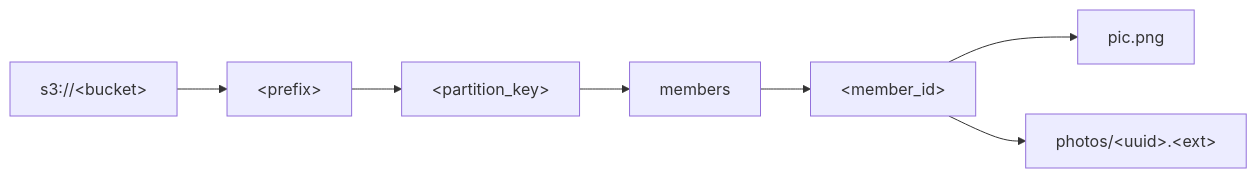
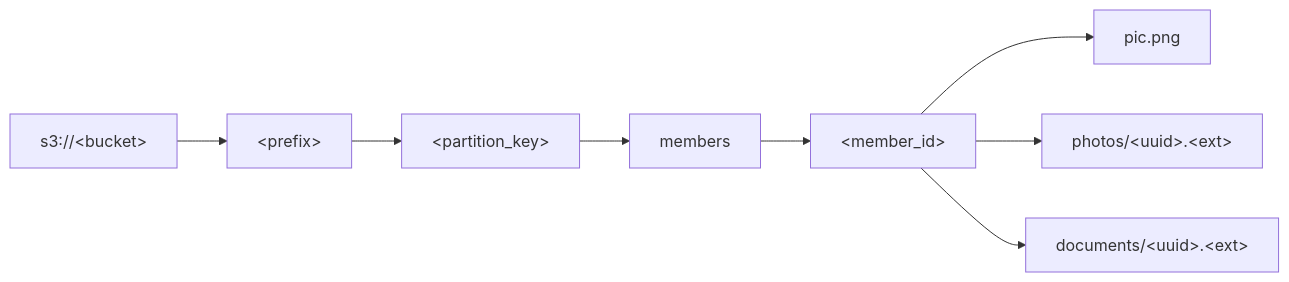
One commit to hhillredondo/flask-tree-endpoints changed the fifth of 5 diagrams in docs/architecture.md. Above: the diagram before and after it, drawn with Mermaid. The commit also changed 10 other files, not shown here.

````diff
--- a/docs/architecture.md
+++ b/docs/architecture.md
@@ -143,9 +143,10 @@
 ```mermaid
 flowchart LR
     Bucket["s3://&lt;bucket&gt;"] --> Prefix["&lt;prefix&gt;"]
     Prefix --> Partition["&lt;partition_key&gt;"]
     Partition --> Members["members"]
     Members --> MemberId["&lt;member_id&gt;"]
     MemberId --> Pic["pic.png"]
     MemberId --> Photos["photos/&lt;uuid&gt;.&lt;ext&gt;"]
+    MemberId --> Documents["documents/&lt;uuid&gt;.&lt;ext&gt;"]
 ```
````
